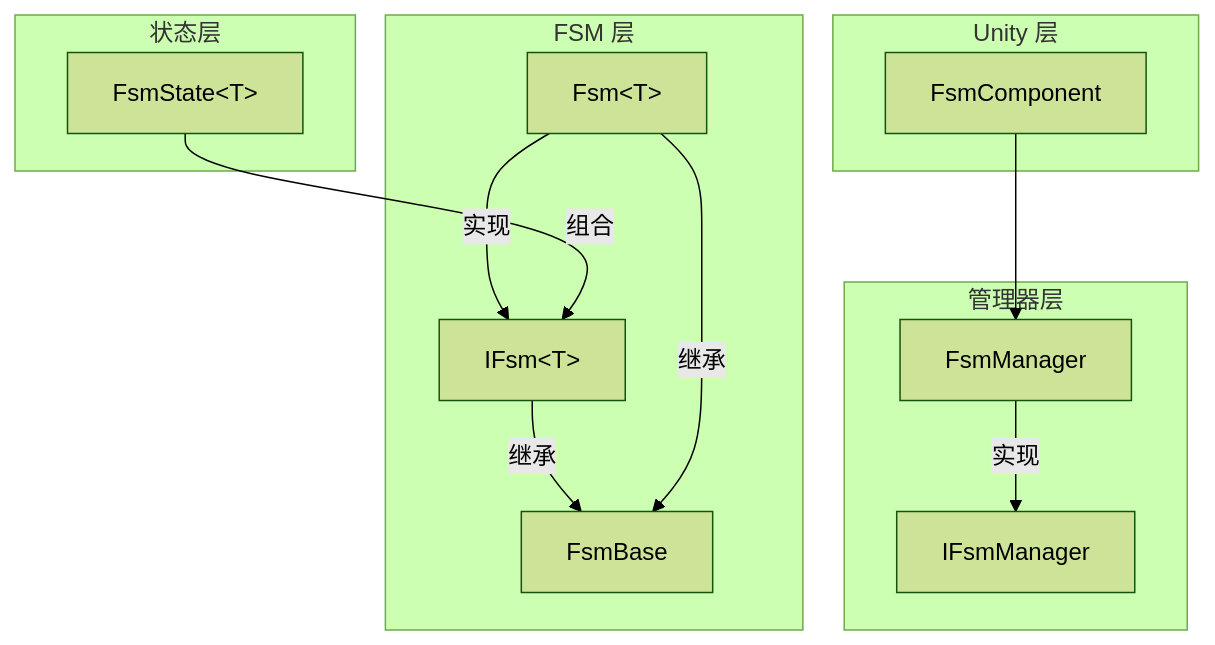
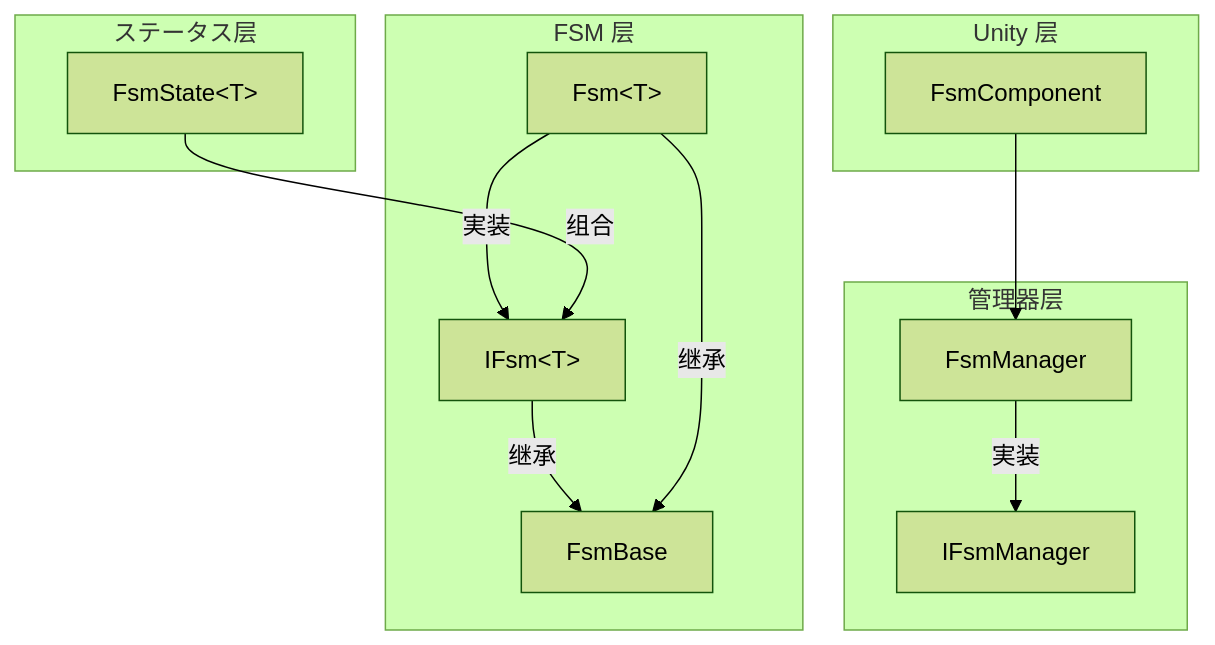
Before and after one commit to AlianBlank/GameFrameX.Docs: the first of 4 diagrams in docs/ja/client/unity/component/fsm/04.features.md, drawn with Mermaid (forest theme). The commit also changed other lines of this file and 603 other files, not shown here.

````diff
--- a/docs/ja/client/unity/component/fsm/04.features.md
+++ b/docs/ja/client/unity/component/fsm/04.features.md
@@ -21,28 +21,28 @@
 ```mermaid
 graph TD
     subgraph Unity["Unity 层"]
         FC[FsmComponent]
     end
 
     subgraph Manager["管理器层"]
         FM[FsmManager]
         IFM[IFsmManager]
     end
 
     subgraph FSM["FSM 层"]
         IF[IFsm&lt;T&gt;]
         FB[FsmBase]
         F[Fsm&lt;T&gt;]
     end
 
-    subgraph State["状态层"]
+    subgraph State["ステータス层"]
         FS[FsmState&lt;T&gt;]
     end
 
     FC --> FM
-    FM -->|实现| IFM
+    FM -->|実装| IFM
     IF -->|继承| FB
     F -->|继承| FB
-    F -->|实现| IF
+    F -->|実装| IF
     FS -->|组合| IF
 ```
````
